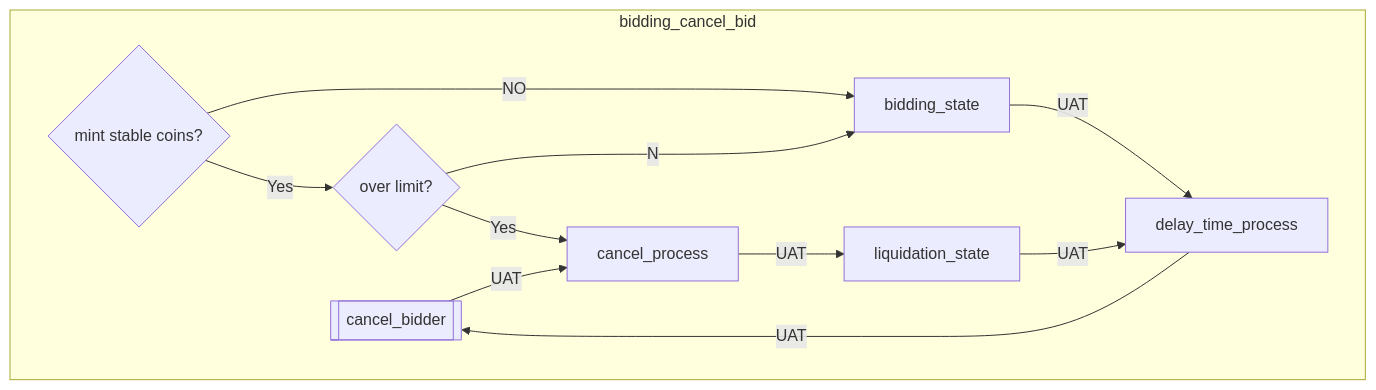
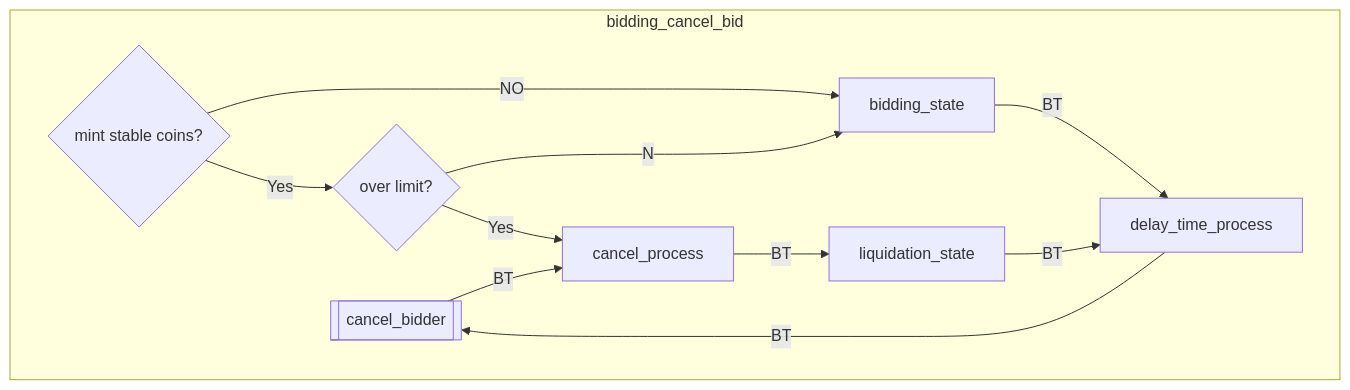
One commit to UnUniFi/chain changed the sixth of 7 diagrams in x/nftmarket/spec/03_auction_state.md. Above: the diagram before and after it, drawn with Mermaid. The commit also changed other lines of this file, not shown here.

Commit message:
feat: change token unit uat to bt

````diff
--- a/x/nftmarket/spec/03_auction_state.md
+++ b/x/nftmarket/spec/03_auction_state.md
@@ -125,19 +125,19 @@
 ```mermaid
 flowchart TD
 subgraph bidding_cancel_bid
 	cancel_bidder[[cancel_bidder]]
 	check_mint{mint stable coins?}
 	check_limit{over limit?}
 
 	check_mint--NO--> bidding_state
 	check_limit--No--> bidding_state
-	bidding_state--UAT--> delay_time_process
+	bidding_state--BT--> delay_time_process
 	check_mint--Yes--> check_limit
 	check_limit--Yes--> cancel_process
-	cancel_bidder--UAT--> cancel_process 
-	liquidation_state --UAT--> delay_time_process
-	delay_time_process --UAT--> cancel_bidder
-	cancel_process --UAT--> liquidation_state
+	cancel_bidder--BT--> cancel_process 
+	liquidation_state --BT--> delay_time_process
+	delay_time_process --BT--> cancel_bidder
+	cancel_process --BT--> liquidation_state
 	
 end
 ```
````
